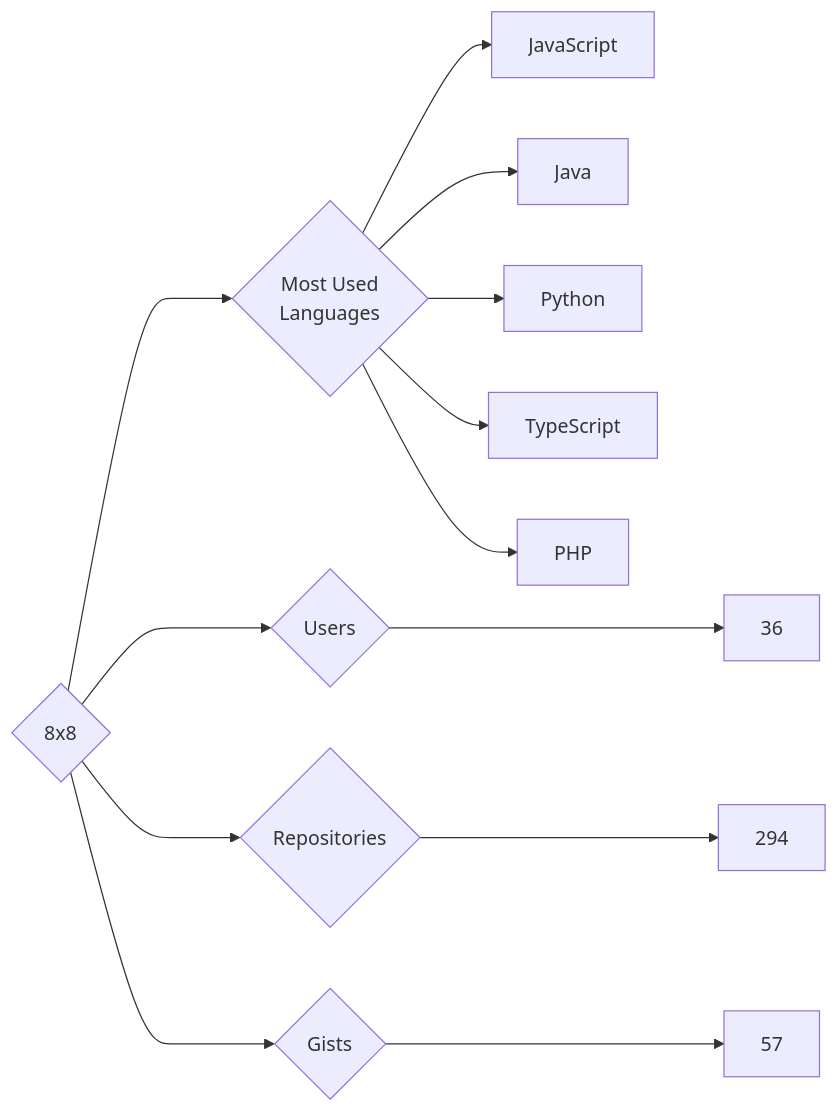
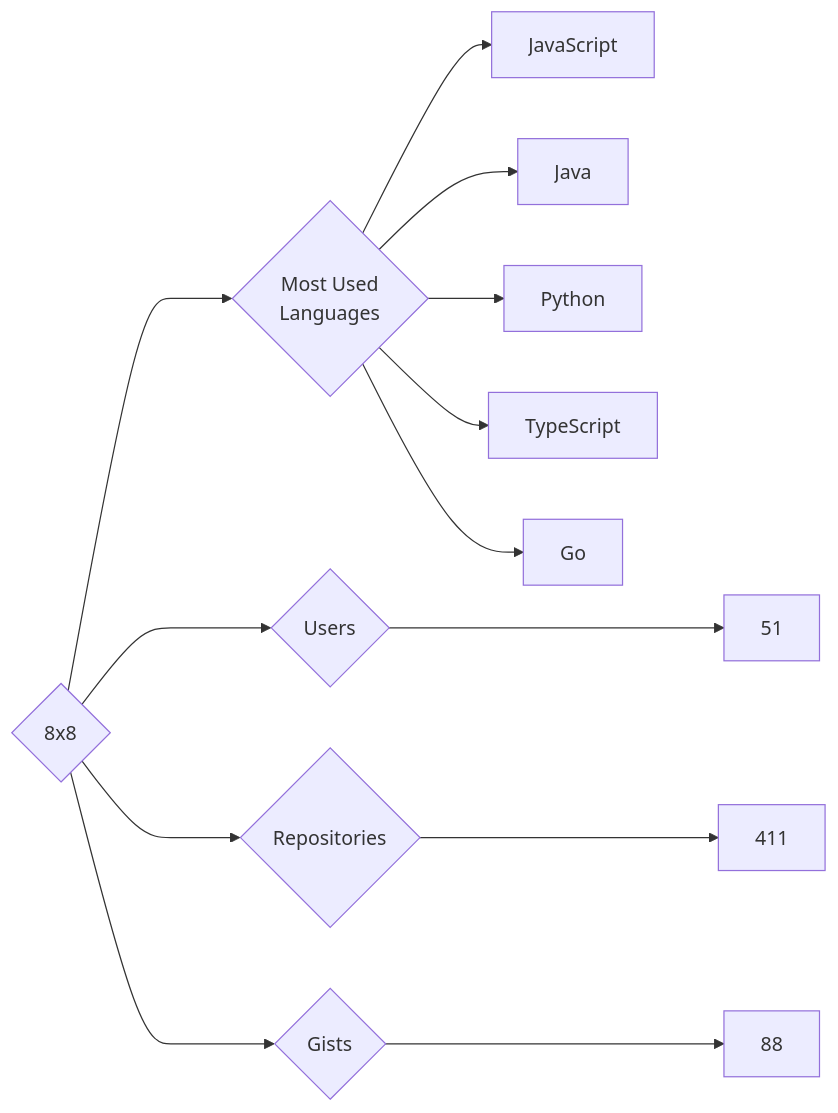
One commit to trickest/insiders changed the diagram in targets/8x8/README.md. Above: the diagram before and after it, drawn with Mermaid. The commit also changed 965 other files, not shown here.

````diff
--- a/targets/8x8/README.md
+++ b/targets/8x8/README.md
@@ -3,13 +3,13 @@
 ```mermaid
 graph LR
 COMPANY_NAME{8x8}
-COMPANY_NAME ---> U{Users} ---> UN[36]
-COMPANY_NAME ---> R{Repositories} ---> RN[294]
-COMPANY_NAME ---> G{Gists} ---> GN[57]
+COMPANY_NAME ---> U{Users} ---> UN[51]
+COMPANY_NAME ---> R{Repositories} ---> RN[411]
+COMPANY_NAME ---> G{Gists} ---> GN[88]
 COMPANY_NAME ---> ML{Most Used<br>Languages}
 ML --> JavaScript[JavaScript]
 ML --> Java[Java]
 ML --> Python[Python]
 ML --> TypeScript[TypeScript]
-ML --> PHP[PHP]
+ML --> Go[Go]
 ```
````
